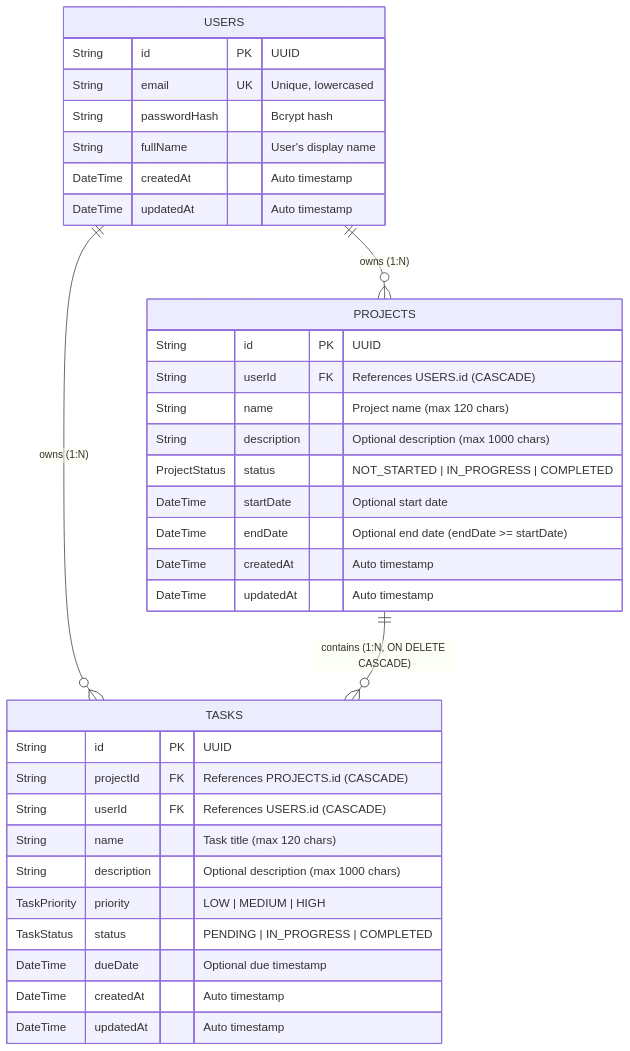
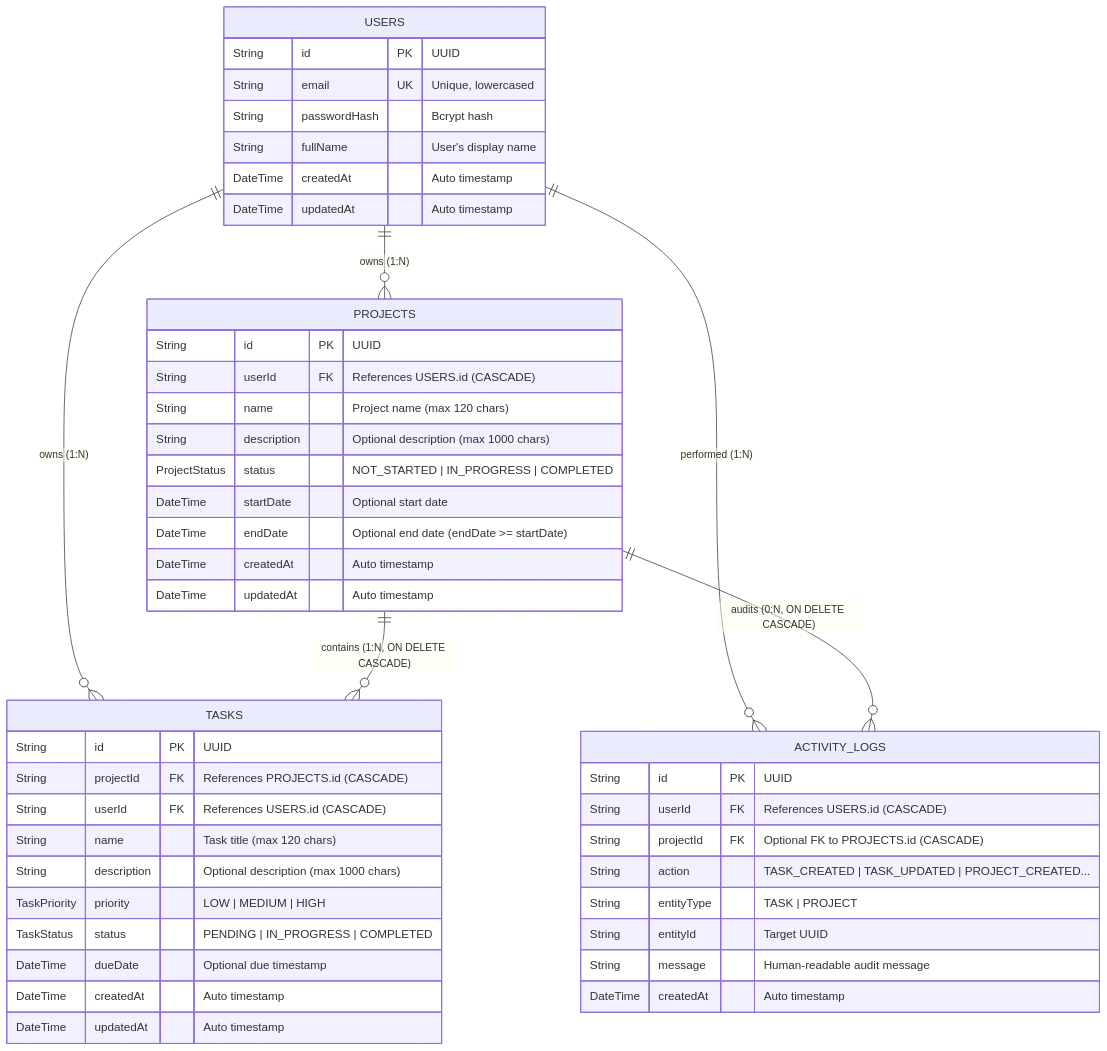
The diagram in docs/schema-erd.md (Aru-0504/parity), drawn with Mermaid before and after one commit. The commit also changed 36 other files, not shown here.

Commit message:
feat: rebrand to Parity with SSE live sync, smart focus queue, project health, activity audit trail, and ADR/security docs

````diff
--- a/docs/schema-erd.md
+++ b/docs/schema-erd.md
@@ -7,40 +7,53 @@
 ```mermaid
 erDiagram
     USERS ||--o{ PROJECTS : "owns (1:N)"
     USERS ||--o{ TASKS : "owns (1:N)"
+    USERS ||--o{ ACTIVITY_LOGS : "performed (1:N)"
     PROJECTS ||--o{ TASKS : "contains (1:N, ON DELETE CASCADE)"
+    PROJECTS ||--o{ ACTIVITY_LOGS : "audits (0:N, ON DELETE CASCADE)"
 
     USERS {
         String id PK "UUID"
         String email UK "Unique, lowercased"
         String passwordHash "Bcrypt hash"
         String fullName "User's display name"
         DateTime createdAt "Auto timestamp"
         DateTime updatedAt "Auto timestamp"
     }
 
     PROJECTS {
         String id PK "UUID"
         String userId FK "References USERS.id (CASCADE)"
         String name "Project name (max 120 chars)"
         String description "Optional description (max 1000 chars)"
         ProjectStatus status "NOT_STARTED | IN_PROGRESS | COMPLETED"
         DateTime startDate "Optional start date"
         DateTime endDate "Optional end date (endDate >= startDate)"
         DateTime createdAt "Auto timestamp"
         DateTime updatedAt "Auto timestamp"
     }
 
     TASKS {
         String id PK "UUID"
         String projectId FK "References PROJECTS.id (CASCADE)"
         String userId FK "References USERS.id (CASCADE)"
         String name "Task title (max 120 chars)"
         String description "Optional description (max 1000 chars)"
         TaskPriority priority "LOW | MEDIUM | HIGH"
         TaskStatus status "PENDING | IN_PROGRESS | COMPLETED"
         DateTime dueDate "Optional due timestamp"
         DateTime createdAt "Auto timestamp"
         DateTime updatedAt "Auto timestamp"
     }
+
+    ACTIVITY_LOGS {
+        String id PK "UUID"
+        String userId FK "References USERS.id (CASCADE)"
+        String projectId FK "Optional FK to PROJECTS.id (CASCADE)"
+        String action "TASK_CREATED | TASK_UPDATED | PROJECT_CREATED..."
+        String entityType "TASK | PROJECT"
+        String entityId "Target UUID"
+        String message "Human-readable audit message"
+        DateTime createdAt "Auto timestamp"
+    }
 ```
````
